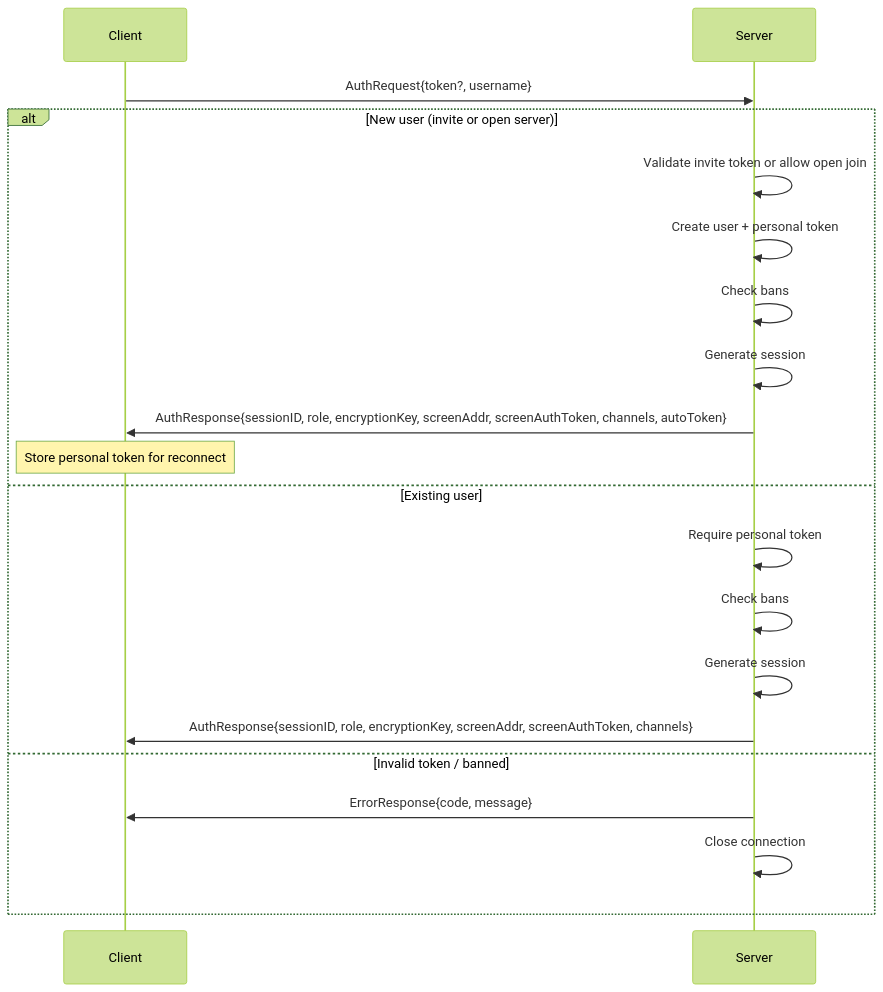
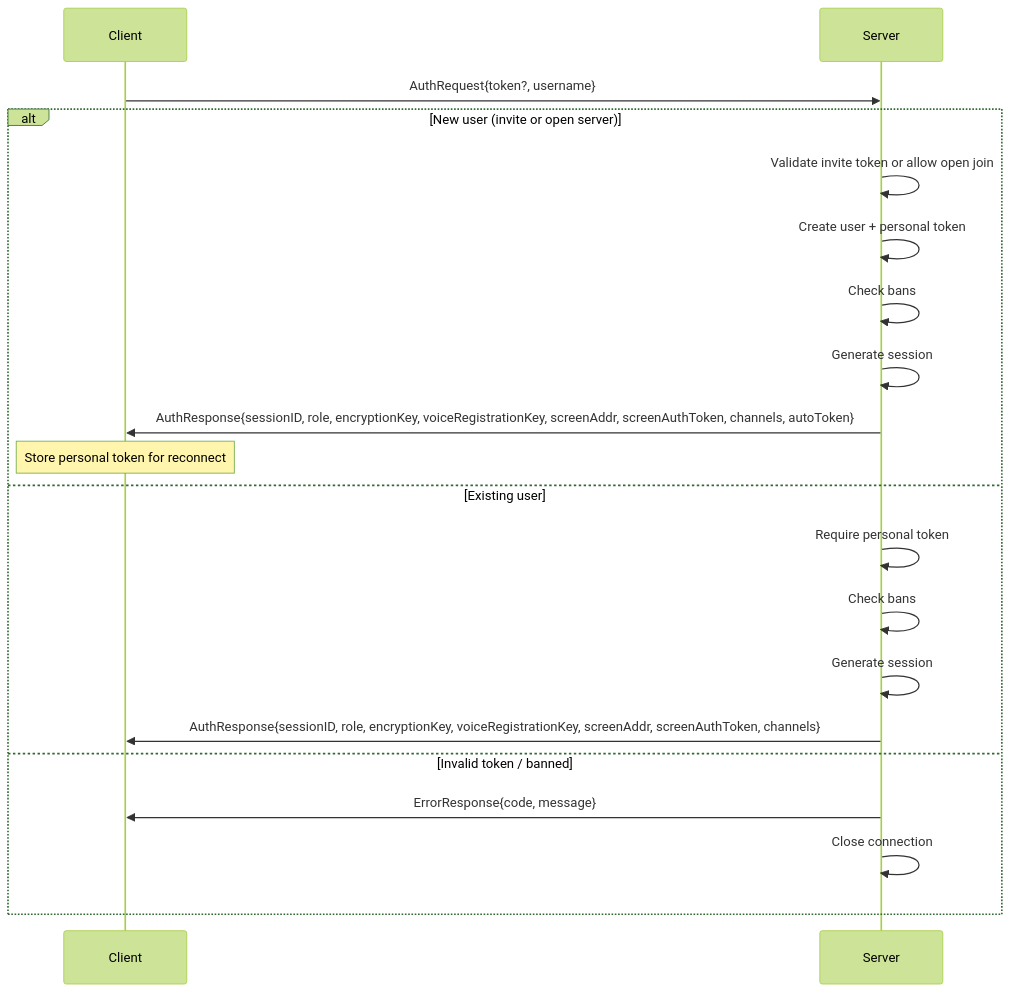
One commit to NicolasHaas/gospeak changed the first of 4 diagrams in docs/protocol.md. Above: the diagram before and after it, drawn with Mermaid (forest theme). The commit also changed other lines of this file and 12 other files, not shown here.

````diff
--- a/docs/protocol.md
+++ b/docs/protocol.md
@@ -55,23 +55,23 @@
 ```mermaid
 sequenceDiagram
     participant C as Client
     participant S as Server
 
     C->>S: AuthRequest{token?, username}
     alt New user (invite or open server)
         S->>S: Validate invite token or allow open join
         S->>S: Create user + personal token
         S->>S: Check bans
         S->>S: Generate session
-        S->>C: AuthResponse{sessionID, role, encryptionKey, screenAddr, screenAuthToken, channels, autoToken}
+        S->>C: AuthResponse{sessionID, role, encryptionKey, voiceRegistrationKey, screenAddr, screenAuthToken, channels, autoToken}
         Note over C: Store personal token for reconnect
     else Existing user
         S->>S: Require personal token
         S->>S: Check bans
         S->>S: Generate session
-        S->>C: AuthResponse{sessionID, role, encryptionKey, screenAddr, screenAuthToken, channels}
+        S->>C: AuthResponse{sessionID, role, encryptionKey, voiceRegistrationKey, screenAddr, screenAuthToken, channels}
     else Invalid token / banned
         S->>C: ErrorResponse{code, message}
         S->>S: Close connection
     end
 ```
````
